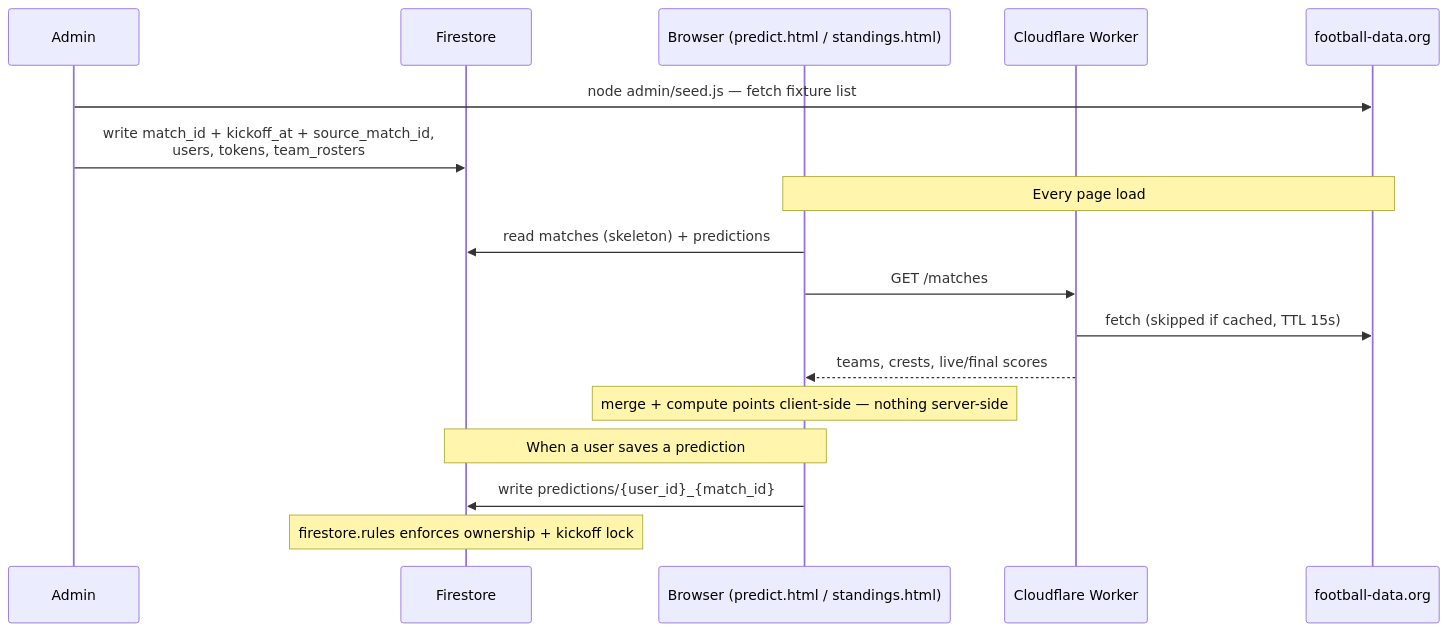
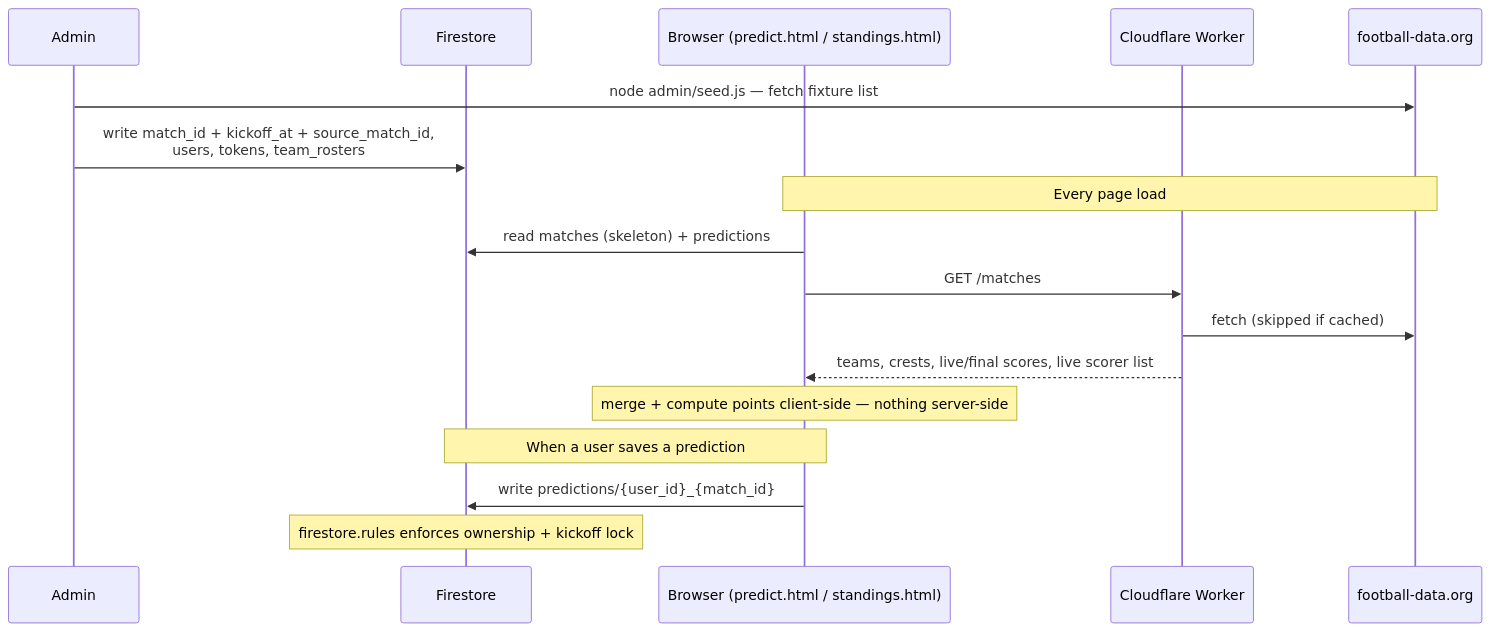
Before and after one commit to Johansmm/polla-futbolera: the diagram in README.md, drawn with Mermaid. The commit also changed other lines of this file and 1 other file, not shown here.

First line of the commit message:
docs: document the live top scorer signal and its admin override

````diff
--- a/README.md
+++ b/README.md
@@ -8,22 +8,22 @@
 ```mermaid
 sequenceDiagram
     participant Admin
     participant Firestore
     participant Client as Browser (predict.html / standings.html)
     participant Worker as Cloudflare Worker
     participant API as football-data.org
 
     Admin->>API: node admin/seed.js — fetch fixture list
     Admin->>Firestore: write match_id + kickoff_at + source_match_id,<br/>users, tokens, team_rosters
 
     Note over Client,API: Every page load
     Client->>Firestore: read matches (skeleton) + predictions
     Client->>Worker: GET /matches
-    Worker->>API: fetch (skipped if cached, TTL 15s)
-    Worker-->>Client: teams, crests, live/final scores
+    Worker->>API: fetch (skipped if cached)
+    Worker-->>Client: teams, crests, live/final scores, live scorer list
     Note over Client: merge + compute points client-side — nothing server-side
 
     Note over Client,Firestore: When a user saves a prediction
     Client->>Firestore: write predictions/{user_id}_{match_id}
     Note over Firestore: firestore.rules enforces ownership + kickoff lock
 ```
````
